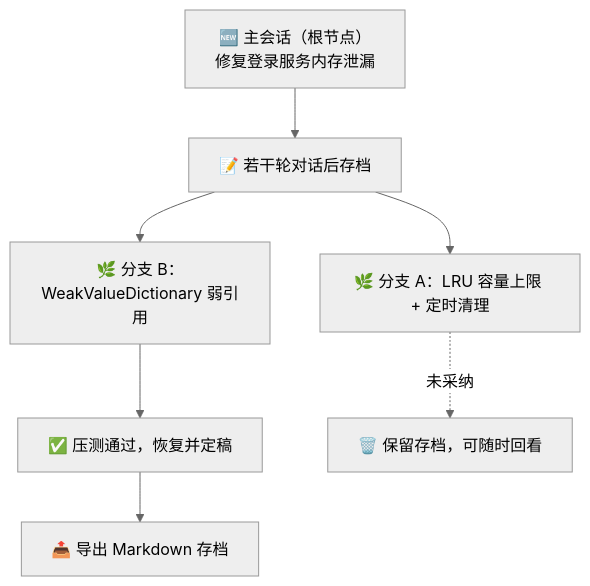
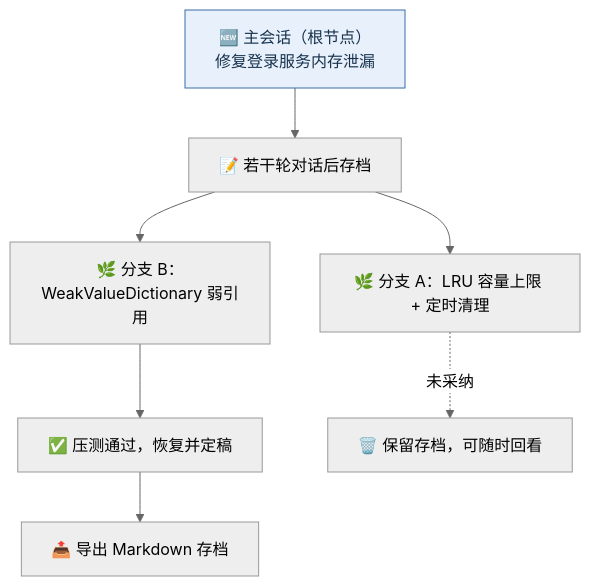
Before and after one commit to buffer121328/vibe-coding-and-agents: the diagram in 08_手搓Agent/img/diagrams/11-diagram-01.mmd, drawn with Mermaid (neutral theme). The commit also changed 105 other files, not shown here.

```diff
--- a/08_手搓Agent/img/diagrams/11-diagram-01.mmd
+++ b/08_手搓Agent/img/diagrams/11-diagram-01.mmd
@@ -1,7 +1,10 @@
 flowchart TD
     Root["🆕 主会话（根节点）\n修复登录服务内存泄漏"] --> R1["📝 若干轮对话后存档"]
     R1 --> A["🌿 分支 A：LRU 容量上限 + 定时清理"]
     R1 --> B["🌿 分支 B：WeakValueDictionary 弱引用"]
     B --> B2["✅ 压测通过，恢复并定稿"]
     A -.->|未采纳| Keep["🗑️ 保留存档，可随时回看"]
     B2 --> Export["📤 导出 Markdown 存档"]
+
+%% Academic palette: restrained blue, teal, gold, violet, and coral accents.
+style Root fill:#E8F1FB,stroke:#3A6EA5,color:#17324D
```
